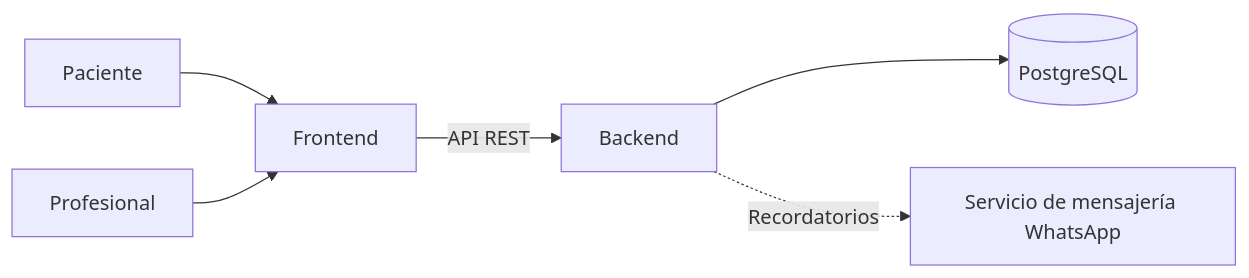
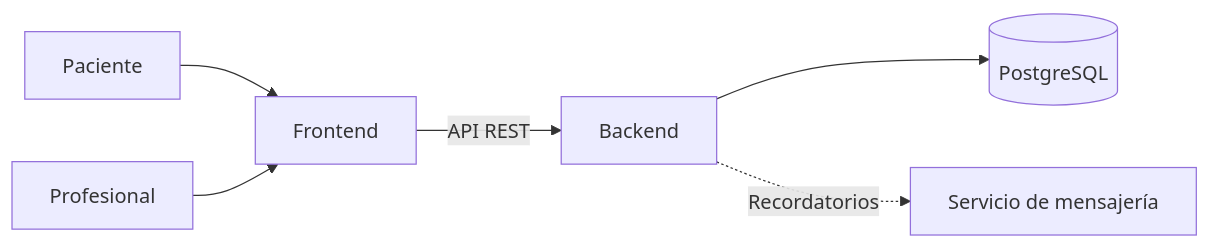
The first of 2 diagrams in docs/ARQUITECTURA.md (Arteok/TPFinal-Grupo-155), drawn with Mermaid before and after one commit. The commit also changed other lines of this file and 4 other files, not shown here.

````diff
--- a/docs/ARQUITECTURA.md
+++ b/docs/ARQUITECTURA.md
@@ -17,10 +17,8 @@
 ```mermaid
 flowchart LR
     P[Paciente] --> F[Frontend]
     PR[Profesional] --> F
-
     F -->|API REST| B[Backend]
-    B --> D[(PostgreSQL)]
-
-    B -.->|Recordatorios| W[Servicio de mensajería WhatsApp]
+    B --> DB[(PostgreSQL)]
+    B -.->|Recordatorios| W[Servicio de mensajería]
 ```
````
